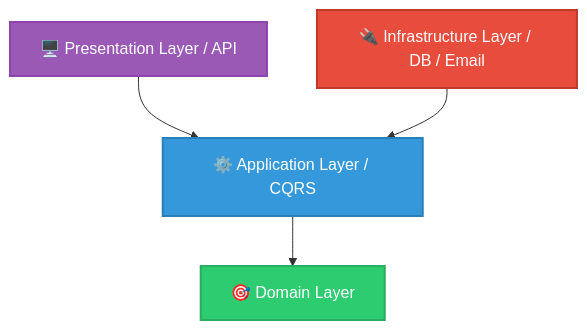
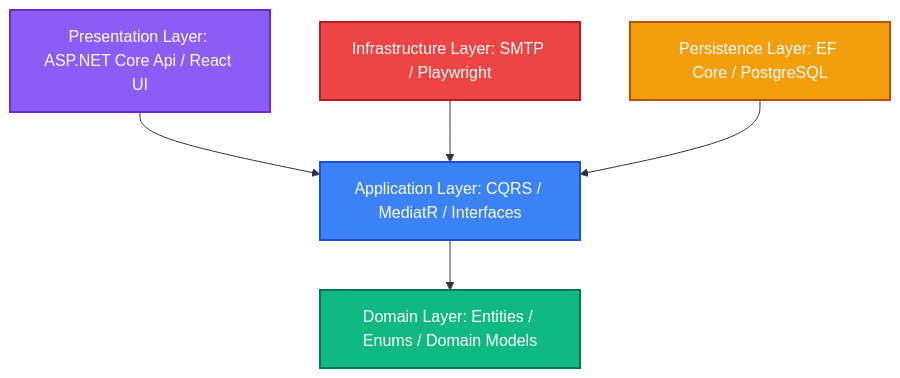
Before and after one commit to mirhuseynma/CrawlScope-WebCrawler: the diagram in README.md, drawn with Mermaid. The commit also changed other lines of this file and 82 other files, not shown here.

````diff
--- a/README.md
+++ b/README.md
@@ -42,11 +64,13 @@
 ```mermaid
 graph TD
-    UI[🖥️ Presentation Layer / API] --> App[⚙️ Application Layer / CQRS]
-    App --> Domain[🎯 Domain Layer]
-    Infra[🔌 Infrastructure Layer / DB / Email] --> App
+    UI[Presentation Layer: ASP.NET Core Api / React UI] --> App[Application Layer: CQRS / MediatR / Interfaces]
+    App --> Domain[Domain Layer: Entities / Enums / Domain Models]
+    Infra[Infrastructure Layer: SMTP / Playwright] --> App
+    Persistence[Persistence Layer: EF Core / PostgreSQL] --> App
     
-    style Domain fill:#2ecc71,stroke:#27ae60,stroke-width:2px,color:#fff
-    style App fill:#3498db,stroke:#2980b9,stroke-width:2px,color:#fff
-    style Infra fill:#e74c3c,stroke:#c0392b,stroke-width:2px,color:#fff
-    style UI fill:#9b59b6,stroke:#8e44ad,stroke-width:2px,color:#fff
+    style Domain fill:#10b981,stroke:#047857,stroke-width:2px,color:#fff
+    style App fill:#3b82f6,stroke:#1d4ed8,stroke-width:2px,color:#fff
+    style Infra fill:#ef4444,stroke:#b91c1c,stroke-width:2px,color:#fff
+    style Persistence fill:#f59e0b,stroke:#b45309,stroke-width:2px,color:#fff
+    style UI fill:#8b5cf6,stroke:#6d28d9,stroke-width:2px,color:#fff
 ```
````
